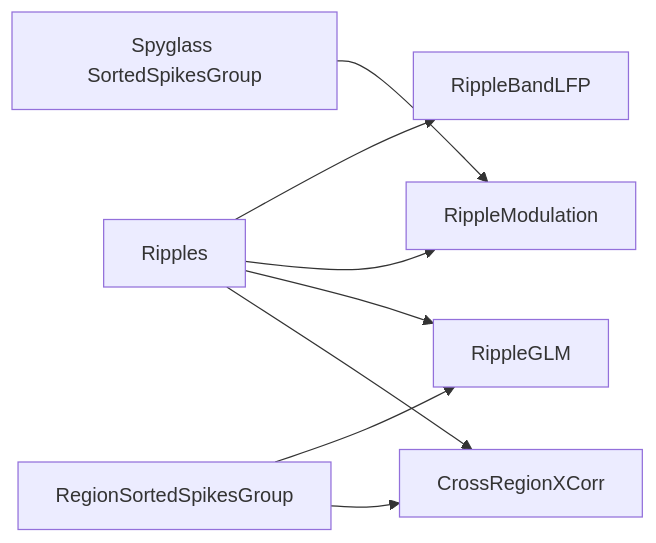
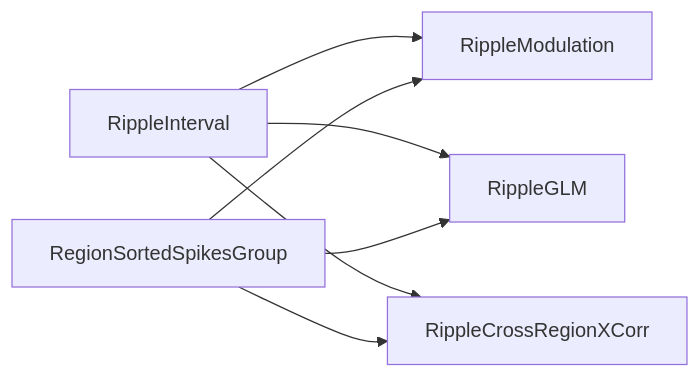
One commit to khl02007/v1ca1 changed the third of 3 diagrams in src/v1ca1/spyglass/README.md. Above: the diagram before and after it, drawn with Mermaid. The commit also changed other lines of this file and 18 other files, not shown here.

````diff
--- a/src/v1ca1/spyglass/README.md
+++ b/src/v1ca1/spyglass/README.md
@@ -177,10 +184,9 @@
 ```mermaid
 flowchart LR
-    Ripples --> RippleBandLFP
-    Ripples --> RippleModulation
-    Ripples --> RippleGLM
-    Ripples --> CrossRegionXCorr
-    SortedSpikesGroup["Spyglass SortedSpikesGroup"] --> RippleModulation
+    RippleInterval --> RippleModulation
+    RippleInterval --> RippleGLM
+    RippleInterval --> RippleCrossRegionXCorr
+    RegionSortedSpikesGroup --> RippleModulation
     RegionSortedSpikesGroup --> RippleGLM
-    RegionSortedSpikesGroup --> CrossRegionXCorr
+    RegionSortedSpikesGroup --> RippleCrossRegionXCorr
 ```
````
